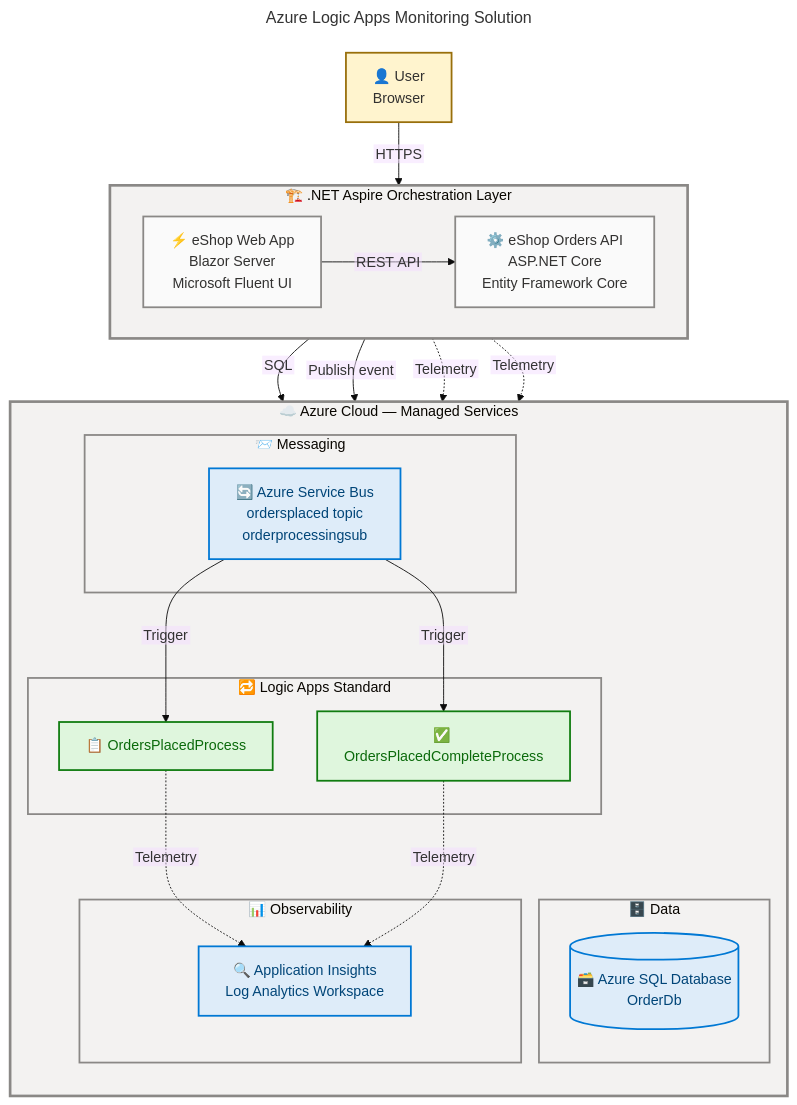
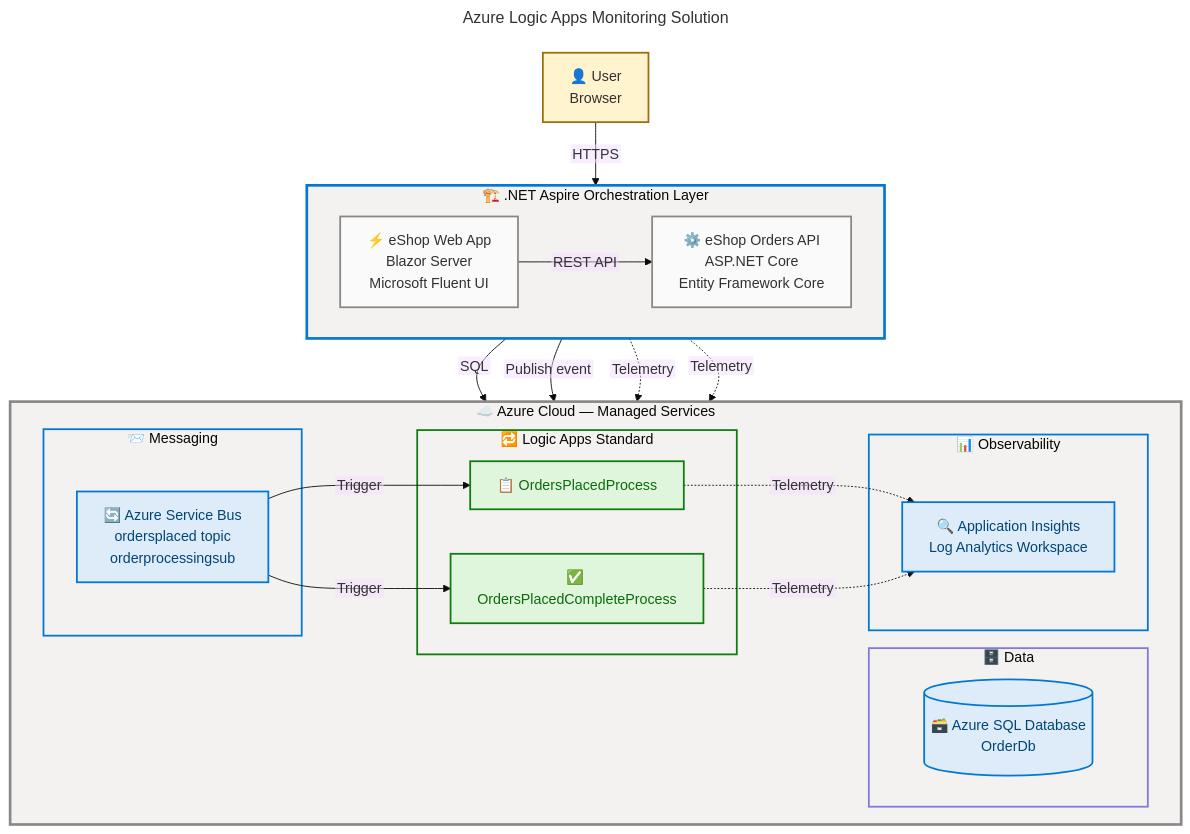
Before and after one commit to Evilazaro/Azure-LogicApps-Monitoring: the diagram in README.md, drawn with Mermaid.

Commit message:
docs: update flowchart direction and enhance styling for improved clarity

````diff
--- a/README.md
+++ b/README.md
@@ -49,78 +49,78 @@
 ```mermaid
 ---
 title: Azure Logic Apps Monitoring Solution
 config:
   theme: base
   themeVariables:
     fontSize: '16px'
   flowchart:
     htmlLabels: false
 ---
 flowchart TB
     accTitle: Azure Logic Apps Monitoring Solution Architecture
     accDescr: Full-stack .NET Aspire application with eShop Web App and Orders API integrated with Azure Service Bus, Logic Apps Standard, Azure SQL Database, and Application Insights for end-to-end order monitoring
 
     %% ═══════════════════════════════════════════════════════════════════════════
     %% AZURE / FLUENT ARCHITECTURE PATTERN v1.1
     %% (Semantic + Structural + Font + Accessibility Governance)
     %% ═══════════════════════════════════════════════════════════════════════════
     %% PHASE 1 - STRUCTURAL: TB direction explicit, 2-level nesting, 6 subgraphs
     %%           aspire (LR, label ≤40 chars) + azure (TB) containing messaging/data/workflows/monitoring
     %% PHASE 2 - SEMANTIC: 4 colors (external, neutral, core, success) within 5 limit
     %%           external: User entry point | neutral: App-layer services
     %%           core: Azure PaaS (Bus, SQL, Insights) | success: Logic Apps workflows
     %% PHASE 3 - FONT: Dark text #323130/#004578/#0B6A0B on 100-level fills (WCAG AA 4.5:1)
     %% PHASE 4 - ACCESSIBILITY: accTitle/accDescr present, semantic icons on all 8 nodes
     %% PHASE 5 - STANDARD: v1.1 format, 6 style directives for 6 subgraphs, classDefs centralized
     %% ═══════════════════════════════════════════════════════════════════════════
 
     User["👤 User\nBrowser"]:::external
 
     subgraph aspire["🏗️ .NET Aspire Orchestration Layer"]
         direction LR
         WebApp["⚡ eShop Web App\nBlazor Server\nMicrosoft Fluent UI"]:::neutral
         OrdersAPI["⚙️ eShop Orders API\nASP.NET Core\nEntity Framework Core"]:::neutral
         WebApp -->|REST API| OrdersAPI
     end
 
     subgraph azure["☁️ Azure Cloud — Managed Services"]
-        direction TB
+        direction LR
         subgraph messaging["📨 Messaging"]
             ServiceBus["🔄 Azure Service Bus\nordersplaced topic\norderprocessingsub"]:::core
         end
         subgraph data["🗄️ Data"]
             SqlDB[("🗃️ Azure SQL Database\nOrderDb")]:::core
         end
         subgraph workflows["🔁 Logic Apps Standard"]
             WF1["📋 OrdersPlacedProcess"]:::success
             WF2["✅ OrdersPlacedCompleteProcess"]:::success
         end
         subgraph monitoring["📊 Observability"]
             AppInsights["🔍 Application Insights\nLog Analytics Workspace"]:::core
         end
     end
 
     User -->|HTTPS| WebApp
     OrdersAPI -->|SQL| SqlDB
     OrdersAPI -->|Publish event| ServiceBus
     ServiceBus -->|Trigger| WF1
     ServiceBus -->|Trigger| WF2
     WebApp -.->|Telemetry| AppInsights
     OrdersAPI -.->|Telemetry| AppInsights
     WF1 -.->|Telemetry| AppInsights
     WF2 -.->|Telemetry| AppInsights
 
     %% Subgraph styling (6 subgraphs = 6 style directives)
-    style aspire fill:#F3F2F1,stroke:#8A8886,stroke-width:3px,color:#323130
+    style aspire fill:#F3F2F1,stroke:#0078D4,stroke-width:3px,color:#323130
     style azure fill:#F3F2F1,stroke:#8A8886,stroke-width:3px,color:#323130
-    style messaging fill:#F3F2F1,stroke:#8A8886,stroke-width:2px,color:#323130
-    style data fill:#F3F2F1,stroke:#8A8886,stroke-width:2px,color:#323130
-    style workflows fill:#F3F2F1,stroke:#8A8886,stroke-width:2px,color:#323130
-    style monitoring fill:#F3F2F1,stroke:#8A8886,stroke-width:2px,color:#323130
+    style messaging fill:#F3F2F1,stroke:#0078D4,stroke-width:2px,color:#323130
+    style data fill:#F3F2F1,stroke:#8378DE,stroke-width:2px,color:#323130
+    style workflows fill:#F3F2F1,stroke:#107C10,stroke-width:2px,color:#323130
+    style monitoring fill:#F3F2F1,stroke:#0078D4,stroke-width:2px,color:#323130
 
     %% Centralized classDefs
     classDef external fill:#FFF4CE,stroke:#986F0B,stroke-width:2px,color:#323130
     classDef neutral fill:#FAFAFA,stroke:#8A8886,stroke-width:2px,color:#323130
     classDef core fill:#DEECF9,stroke:#0078D4,stroke-width:2px,color:#004578
     classDef success fill:#DFF6DD,stroke:#107C10,stroke-width:2px,color:#0B6A0B
 ```
````
